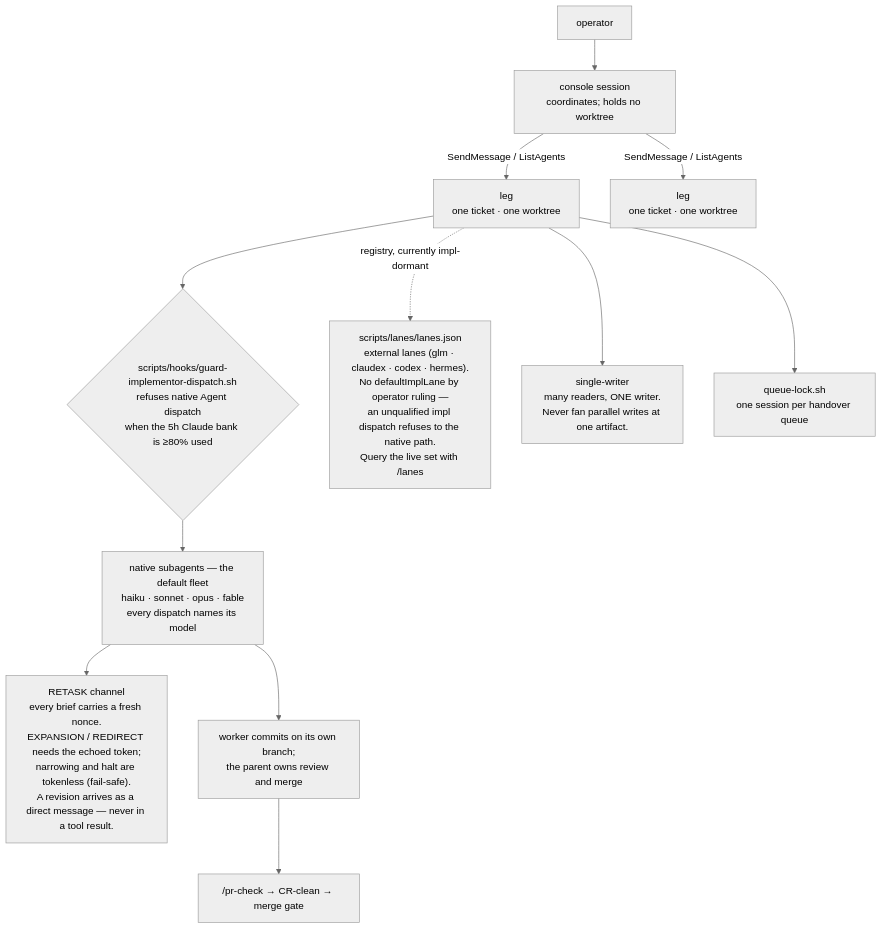
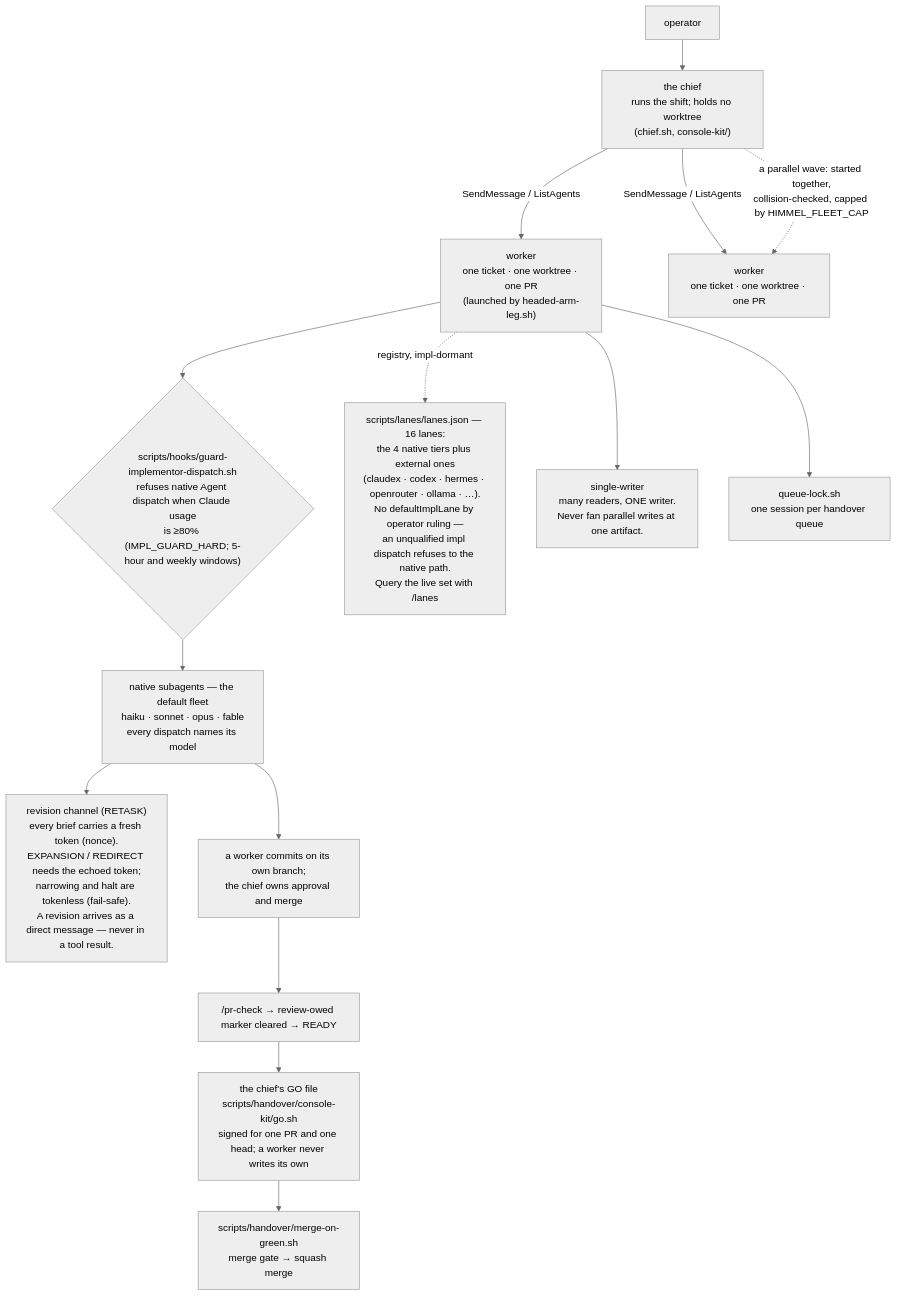
One commit to yotamleo-org/Himmel changed the third of 5 diagrams in docs/architecture.md. Above: the diagram before and after it, drawn with Mermaid (neutral theme). The commit also changed other lines of this file and 4 other files, not shown here.

First line of the commit message:
docs(site): [HIMMEL-6284] the v1.1.3 docs and design review pack

````diff
--- a/docs/architecture.md
+++ b/docs/architecture.md
@@ -155,20 +180,23 @@
 ```mermaid
 flowchart TD
-    OP["operator"] --> CON["console session<br/>coordinates; holds no worktree"]
+    OP["operator"] --> CON["the chief<br/>runs the shift; holds no worktree<br/>(chief.sh, console-kit/)"]
 
-    CON -->|"SendMessage / ListAgents"| P1["leg<br/>one ticket · one worktree"]
-    CON -->|"SendMessage / ListAgents"| P2["leg<br/>one ticket · one worktree"]
+    CON -->|"SendMessage / ListAgents"| P1["worker<br/>one ticket · one worktree · one PR<br/>(launched by headed-arm-leg.sh)"]
+    CON -->|"SendMessage / ListAgents"| P2["worker<br/>one ticket · one worktree · one PR"]
+    CON -.->|"a parallel wave: started together,<br/>collision-checked, capped by HIMMEL_FLEET_CAP"| P2
 
-    P1 --> GD{"scripts/hooks/guard-implementor-dispatch.sh<br/>refuses native Agent dispatch<br/>when the 5h Claude bank is ≥80% used"}
+    P1 --> GD{"scripts/hooks/guard-implementor-dispatch.sh<br/>refuses native Agent dispatch when Claude usage<br/>is ≥80% (IMPL_GUARD_HARD; 5-hour and weekly windows)"}
     GD --> NAT["native subagents — the default fleet<br/>haiku · sonnet · opus · fable<br/>every dispatch names its model"]
 
-    P1 -.->|"registry, currently impl-dormant"| EXT["scripts/lanes/lanes.json<br/>external lanes (glm · claudex · codex · hermes).<br/>No defaultImplLane by operator ruling —<br/>an unqualified impl dispatch refuses to the native path.<br/>Query the live set with /lanes"]
+    P1 -.->|"registry, impl-dormant"| EXT["scripts/lanes/lanes.json — 16 lanes:<br/>the 4 native tiers plus external ones<br/>(claudex · codex · hermes · openrouter · ollama · …).<br/>No defaultImplLane by operator ruling —<br/>an unqualified impl dispatch refuses to the native path.<br/>Query the live set with /lanes"]
 
-    NAT --> RT["RETASK channel<br/>every brief carries a fresh nonce.<br/>EXPANSION / REDIRECT needs the echoed token;<br/>narrowing and halt are tokenless (fail-safe).<br/>A revision arrives as a direct message — never in a tool result."]
+    NAT --> RT["revision channel (RETASK)<br/>every brief carries a fresh token (nonce).<br/>EXPANSION / REDIRECT needs the echoed token;<br/>narrowing and halt are tokenless (fail-safe).<br/>A revision arrives as a direct message — never in a tool result."]
 
     P1 --> SW["single-writer<br/>many readers, ONE writer.<br/>Never fan parallel writes at one artifact."]
     P1 --> QL["queue-lock.sh<br/>one session per handover queue"]
 
-    NAT --> WORK["worker commits on its own branch;<br/>the parent owns review and merge"]
-    WORK --> CRL["/pr-check → CR-clean → merge gate"]
+    NAT --> WORK["a worker commits on its own branch;<br/>the chief owns approval and merge"]
+    WORK --> CRL["/pr-check → review-owed marker cleared → READY"]
+    CRL --> GO["the chief's GO file<br/>scripts/handover/console-kit/go.sh<br/>signed for one PR and one head; a worker never writes its own"]
+    GO --> MOG["scripts/handover/merge-on-green.sh<br/>merge gate → squash merge"]
 ```
````
